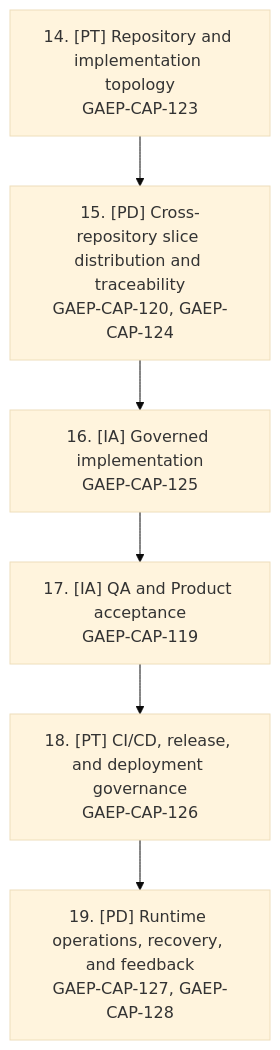
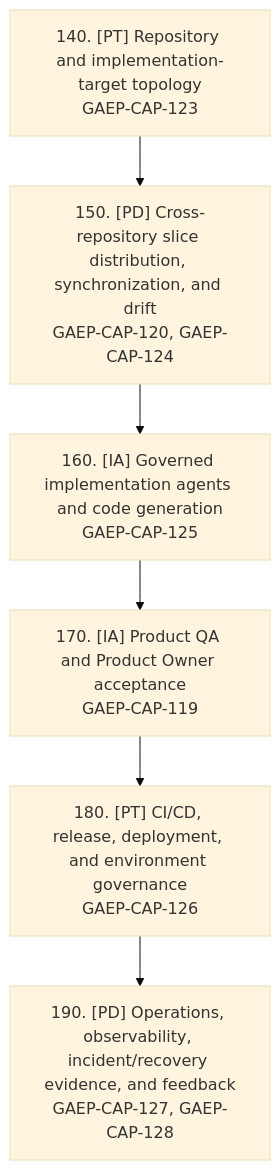
Before and after one commit to panahister/GAEP: the eighth of 11 diagrams in apps/vscode/media/GAEP_GUIDE.md, drawn with Mermaid (base theme). The commit also changed other lines of this file and 10 other files, not shown here.

````diff
--- a/apps/vscode/media/GAEP_GUIDE.md
+++ b/apps/vscode/media/GAEP_GUIDE.md
@@ -262,11 +390,11 @@
 ```mermaid
-%% Lifecycle 14–19: delivery and operations
+%% Target lifecycle: delivery and operations
 flowchart TD
-  lifecycle_14["14. [PT] Repository and implementation topology<br/>GAEP-CAP-123"]
-  lifecycle_15["15. [PD] Cross-repository slice distribution and traceability<br/>GAEP-CAP-120, GAEP-CAP-124"]
-  lifecycle_16["16. [IA] Governed implementation<br/>GAEP-CAP-125"]
-  lifecycle_17["17. [IA] QA and Product acceptance<br/>GAEP-CAP-119"]
-  lifecycle_18["18. [PT] CI/CD, release, and deployment governance<br/>GAEP-CAP-126"]
-  lifecycle_19["19. [PD] Runtime operations, recovery, and feedback<br/>GAEP-CAP-127, GAEP-CAP-128"]
+  lifecycle_14["140. [PT] Repository and implementation-target topology<br/>GAEP-CAP-123"]
+  lifecycle_15["150. [PD] Cross-repository slice distribution, synchronization, and drift<br/>GAEP-CAP-120, GAEP-CAP-124"]
+  lifecycle_16["160. [IA] Governed implementation agents and code generation<br/>GAEP-CAP-125"]
+  lifecycle_17["170. [IA] Product QA and Product Owner acceptance<br/>GAEP-CAP-119"]
+  lifecycle_18["180. [PT] CI/CD, release, deployment, and environment governance<br/>GAEP-CAP-126"]
+  lifecycle_19["190. [PD] Operations, observability, incident/recovery evidence, and feedback<br/>GAEP-CAP-127, GAEP-CAP-128"]
   lifecycle_14 --> lifecycle_15 --> lifecycle_16 --> lifecycle_17 --> lifecycle_18 --> lifecycle_19
 ```
````
